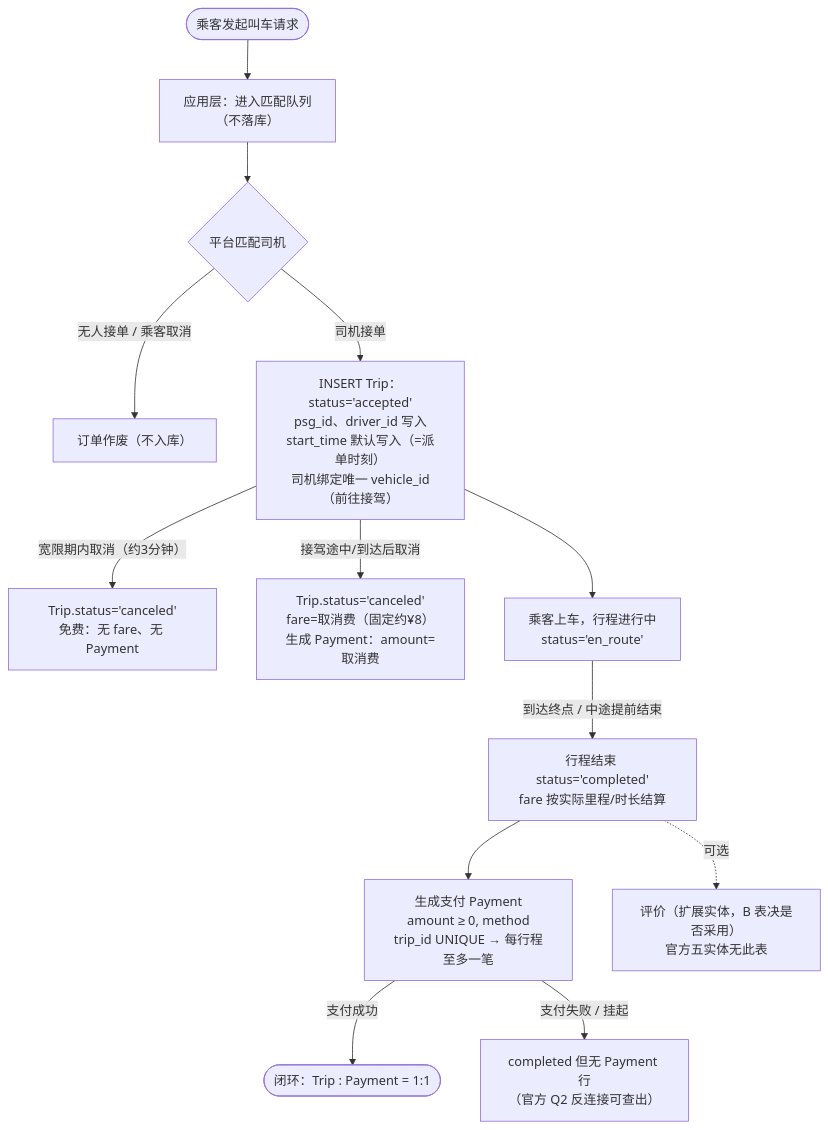
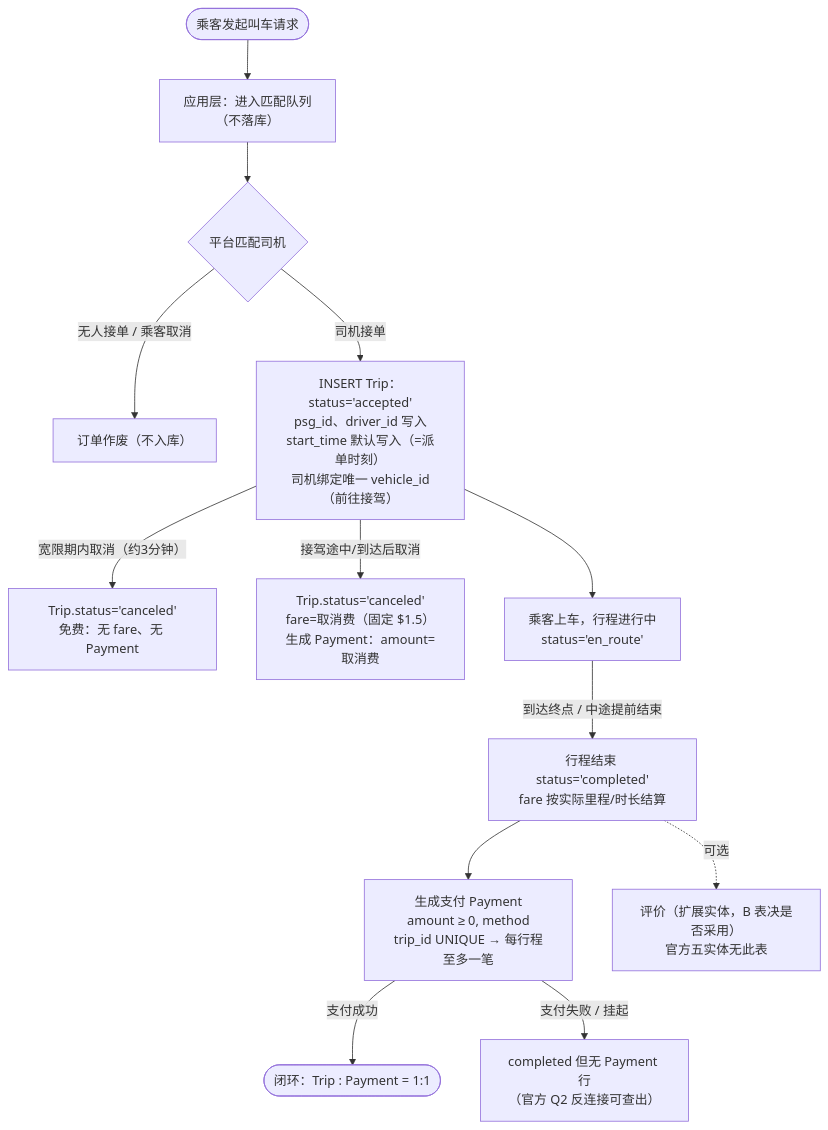
One commit to chenyanwu83-blip/DBM-Group-Project1 changed the diagram in 01_docs/a1_business_flow.md. Above: the diagram before and after it, drawn with Mermaid. The commit also changed other lines of this file and 3 other files, not shown here.

````diff
--- a/01_docs/a1_business_flow.md
+++ b/01_docs/a1_business_flow.md
@@ -16,15 +16,15 @@
 ```mermaid
 flowchart TD
     P(["乘客发起叫车请求"]) --> Q["应用层：进入匹配队列<br/>（不落库）"]
     Q --> M{"平台匹配司机"}
     M -- "无人接单 / 乘客取消" --> X0["订单作废（不入库）"]
     M -- "司机接单" --> A["INSERT Trip：status='accepted'<br/>psg_id、driver_id 写入<br/>start_time 默认写入（=派单时刻）<br/>司机绑定唯一 vehicle_id（前往接驾）"]
     A -- "宽限期内取消（约3分钟）" --> X1a["Trip.status='canceled'<br/>免费：无 fare、无 Payment"]
-    A -- "接驾途中/到达后取消" --> X1b["Trip.status='canceled'<br/>fare=取消费（固定约¥8）<br/>生成 Payment：amount=取消费"]
+    A -- "接驾途中/到达后取消" --> X1b["Trip.status='canceled'<br/>fare=取消费（固定 $1.5）<br/>生成 Payment：amount=取消费"]
     A --> S["乘客上车，行程进行中<br/>status='en_route'"]
     S -- "到达终点 / 中途提前结束" --> C["行程结束 status='completed'<br/>fare 按实际里程/时长结算"]
     C --> PY["生成支付 Payment<br/>amount ≥ 0, method<br/>trip_id UNIQUE → 每行程至多一笔"]
     PY -- "支付成功" --> F(["闭环：Trip : Payment = 1:1"])
     PY -- "支付失败 / 挂起" --> U["completed 但无 Payment 行<br/>（官方 Q2 反连接可查出）"]
     C -.->|"可选"| RT["评价（扩展实体，B 表决是否采用）<br/>官方五实体无此表"]
 ```
````
